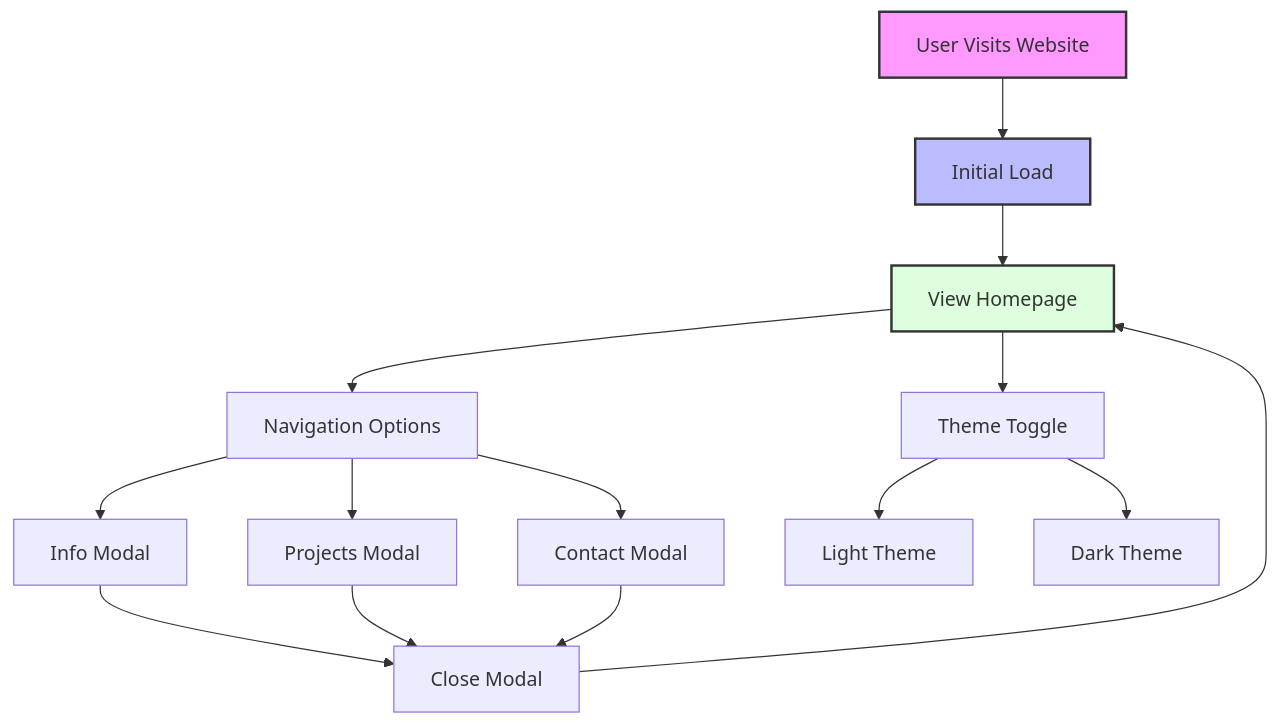
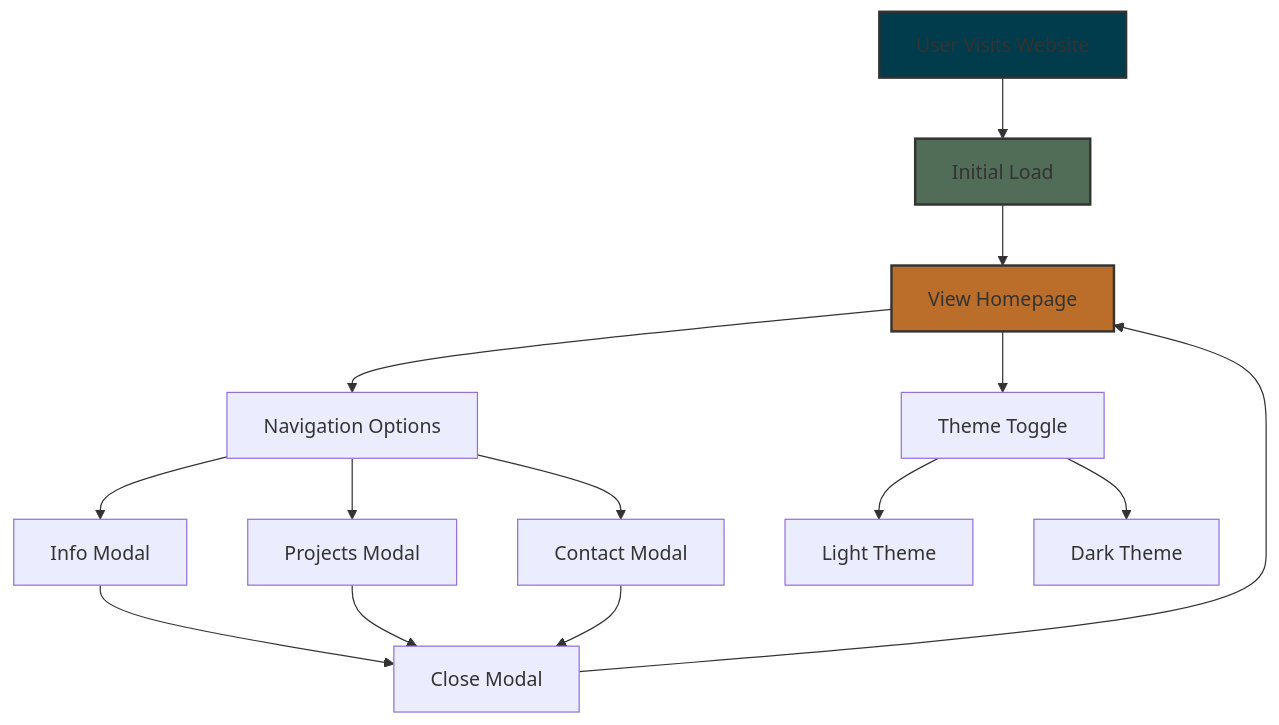
Before and after one commit to HanruV/CodeSpace-Academy-HANVOR614_PTO2403_Group-B_Hanru-Vorster_CDV05: the diagram in README.md, drawn with Mermaid.

````diff
--- a/README.md
+++ b/README.md
@@ -5,25 +5,25 @@
 ```mermaid
 graph TD
 A[User Visits Website] --> B[Initial Load]
 B --> C[View Homepage]
 
     C --> D[Navigation Options]
     C --> E[Theme Toggle]
 
     D --> F[Info Modal]
     D --> G[Projects Modal]
     D --> H[Contact Modal]
 
     E --> I[Light Theme]
     E --> J[Dark Theme]
 
     F --> K[Close Modal]
     G --> K
     H --> K
 
     K --> C
 
-    style A fill:#f9f,stroke:#333,stroke-width:2px
-    style B fill:#bbf,stroke:#333,stroke-width:2px
-    style C fill:#dfd,stroke:#333,stroke-width:2px
+    style A fill:#003C4b,stroke:#333,stroke-width:2px
+    style B fill:#516D58,stroke:#333,stroke-width:2px
+    style C fill:#BB6E29,stroke:#333,stroke-width:2px
 ```
````
